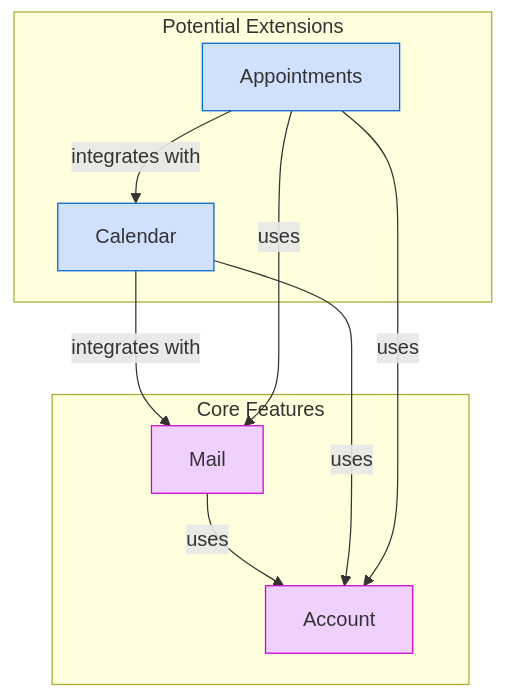
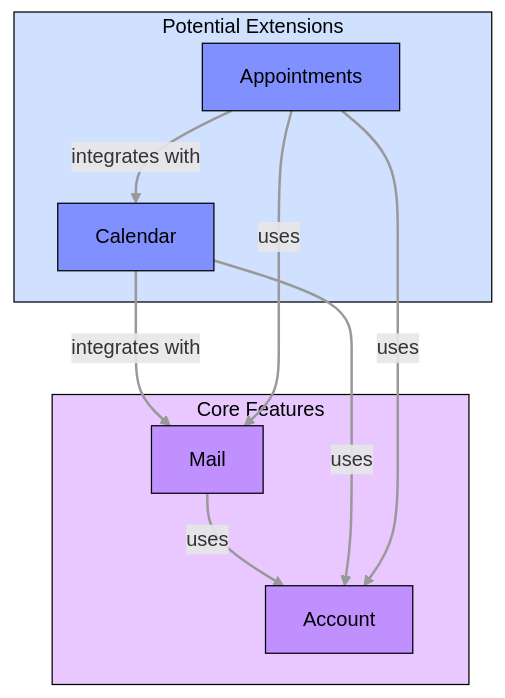
Before and after one commit to thunderbird/thunderbird-android: the second of 2 diagrams in docs/architecture/feature-modules.md, drawn with Mermaid. The commit also changed other lines of this file and 5 other files, not shown here.

Commit message:
docs(architecture): improve diagram colors and unified styling and naming

````diff
--- a/docs/architecture/feature-modules.md
+++ b/docs/architecture/feature-modules.md
@@ -424,25 +438,31 @@
 ```mermaid
 graph TB
     subgraph CORE[Core Features]
         ACCOUNT[Account]
         MAIL[Mail]
     end
 
     subgraph EXTENSIONS[Potential Extensions]
         CALENDAR[Calendar]
         APPOINTMENT[Appointments]
     end
 
     MAIL --> |uses| ACCOUNT
 
     CALENDAR --> |integrates with| MAIL
     CALENDAR --> |uses| ACCOUNT
     APPOINTMENT --> |uses| ACCOUNT
     APPOINTMENT --> |integrates with| CALENDAR
     APPOINTMENT --> |uses| MAIL
 
-    classDef core fill:#f0d0ff, stroke:#cc00cc
-    classDef extension fill:#d0e0ff, stroke:#0066cc
-    class ACCOUNT,MAIL,NAVIGATION,SETTINGS core
-    class CALENDAR,TODO,SYNC,NOTES,APPOINTMENT extension
+    linkStyle default stroke:#999,stroke-width:2px
+
+    classDef core fill:#e8c8ff,stroke:#000000,color:#000000
+    classDef core_module fill:#c090ff,stroke:#000000,color:#000000
+    classDef extension fill:#d0e0ff,stroke:#000000,color:#000000
+    classDef extension_module fill:#8090ff,stroke:#000000,color:#000000
+    class CORE core
+    class ACCOUNT,MAIL,NAVIGATION,SETTINGS core_module
+    class EXTENSIONS extension
+    class CALENDAR,TODO,SYNC,NOTES,APPOINTMENT extension_module
 ```
````
